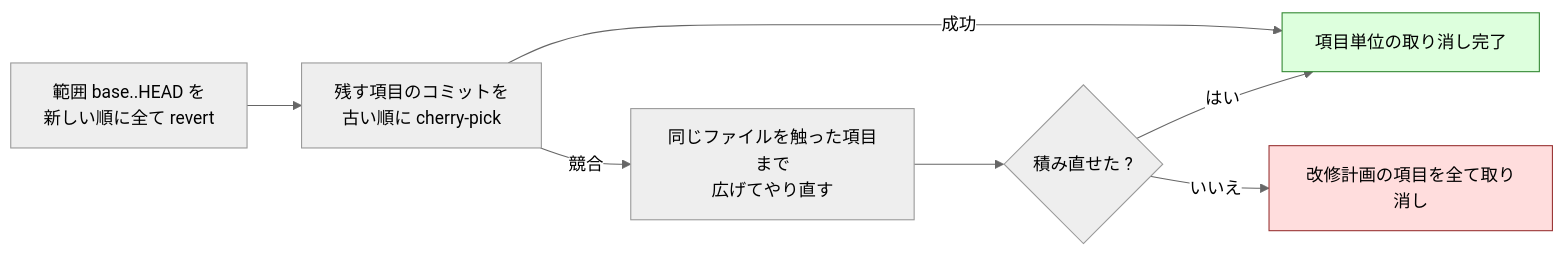
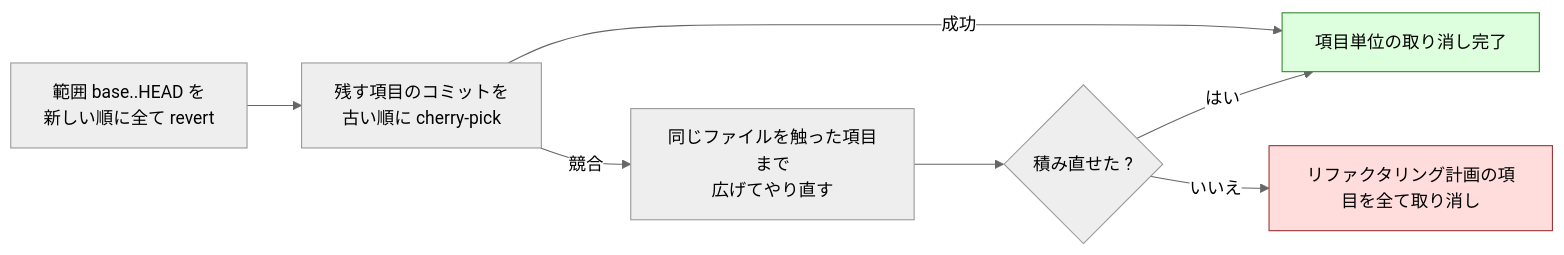
One commit to devbasex/ai-plugins changed the diagram in plugins/ndf/skills/cross-refactoring/docs/04-verify-and-report.md. Above: the diagram before and after it, drawn with Mermaid (neutral theme). The commit also changed other lines of this file and 19 other files, not shown here.

````diff
--- a/plugins/ndf/skills/cross-refactoring/docs/04-verify-and-report.md
+++ b/plugins/ndf/skills/cross-refactoring/docs/04-verify-and-report.md
@@ -104,11 +104,11 @@
 ```mermaid
 flowchart LR
     A["範囲 base..HEAD を<br/>新しい順に全て revert"] --> B["残す項目のコミットを<br/>古い順に cherry-pick"]
     B -->|成功| C["項目単位の取り消し完了"]:::ok
     B -->|競合| D["同じファイルを触った項目まで<br/>広げてやり直す"] --> F{"積み直せた ?"}
     F -->|はい| C
-    F -->|いいえ| E["改修計画の項目を全て取り消し"]:::stop
+    F -->|いいえ| E["リファクタリング計画の項目を全て取り消し"]:::stop
 
     classDef ok fill:#dfd,stroke:#383
     classDef stop fill:#fdd,stroke:#933
 ```
````
